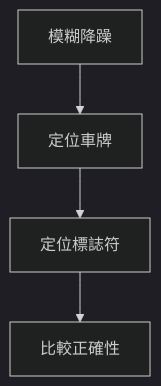
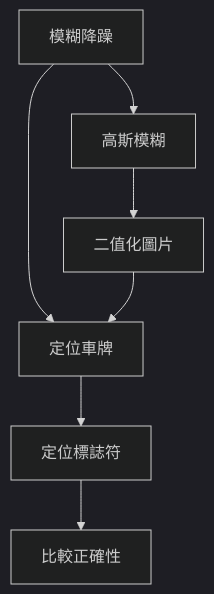
One commit to grant1004/license-plate-recognition changed the diagram in README.md. Above: the diagram before and after it, drawn with Mermaid (dark theme).

````diff
--- a/README.md
+++ b/README.md
@@ -14,4 +14,5 @@
 ```mermaid
 flowchart TD;
   模糊降躁-->定位車牌-->定位標誌符-->比較正確性;
+  模糊降躁-->高斯模糊-->二值化圖片-->定位車牌;
 ```
````
